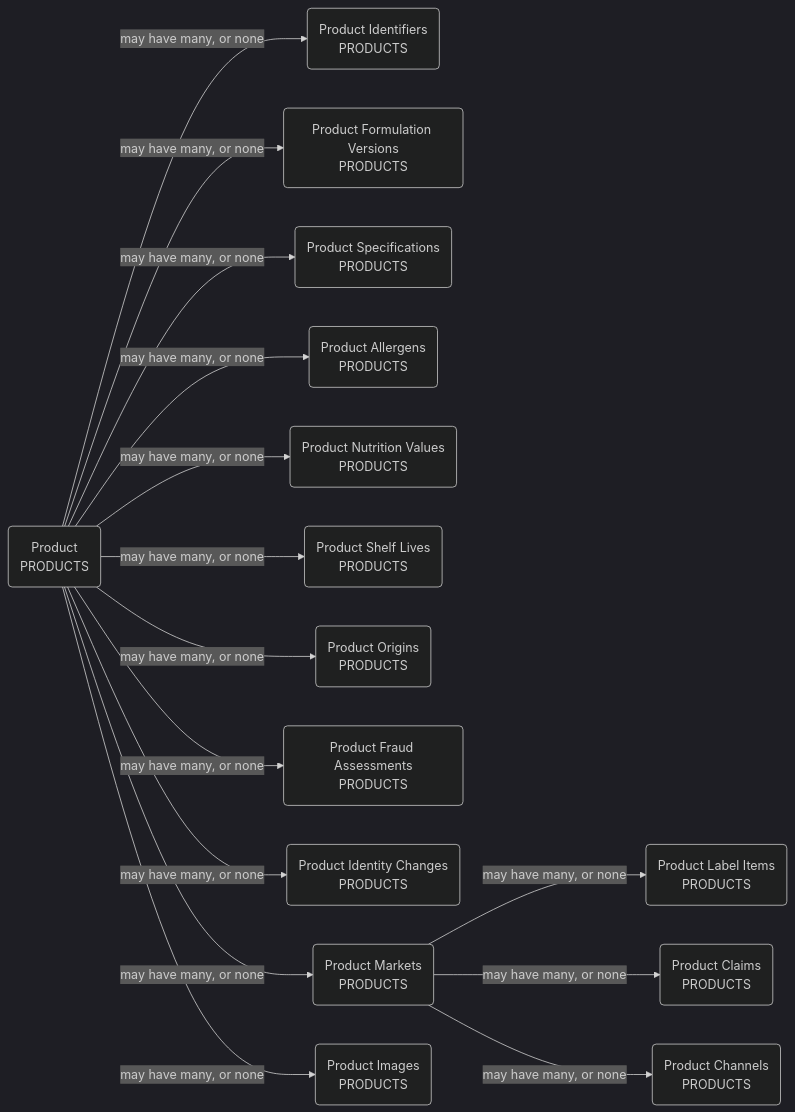
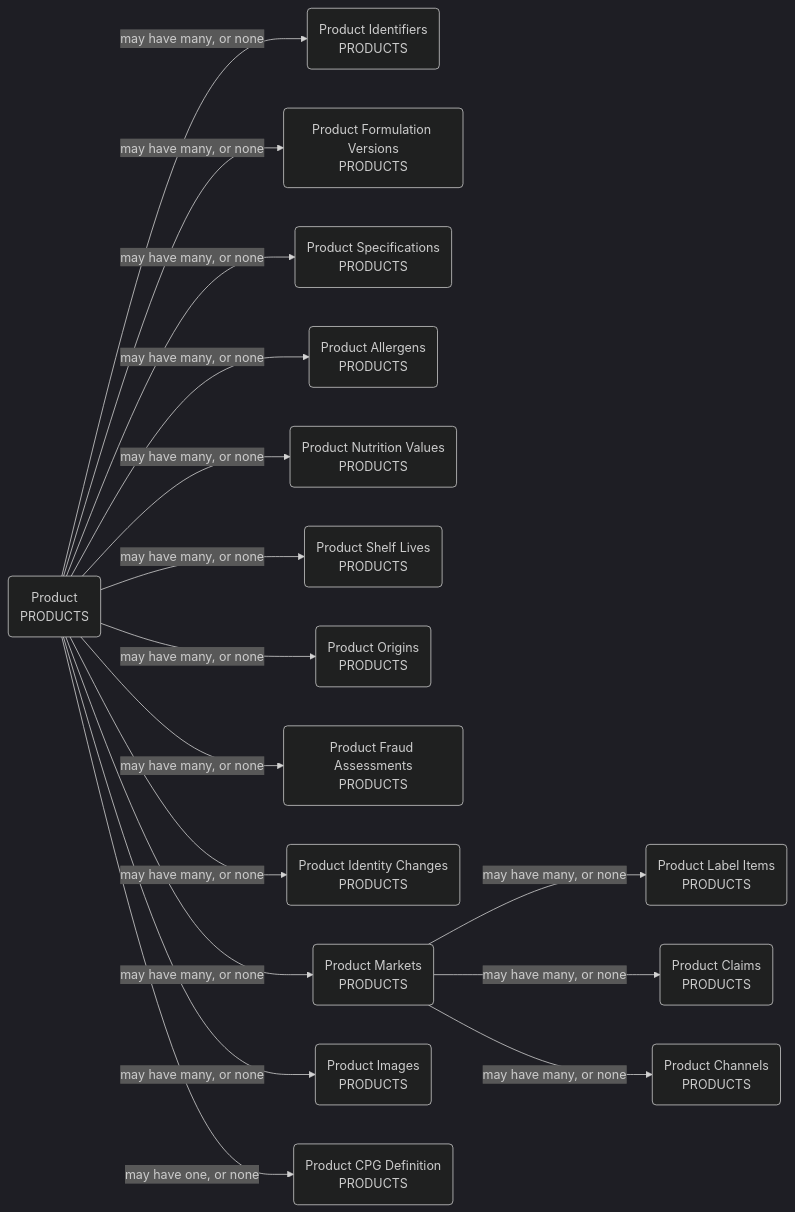
Before and after one commit to M-A-Operating-System/shared-work: the third of 5 diagrams in docs/data-models/cpg-product-definition/cpg-product-definition-data-design-document.md, drawn with Mermaid (dark theme). The commit also changed other lines of this file and 11 other files, not shown here.

````diff
--- a/docs/data-models/cpg-product-definition/cpg-product-definition-data-design-document.md
+++ b/docs/data-models/cpg-product-definition/cpg-product-definition-data-design-document.md
@@ -392,32 +394,34 @@
 ```mermaid
 flowchart LR
   SBJ001("Product<br>PRODUCTS")
   SBJ002("Product Identifiers<br>PRODUCTS")
   SBJ003("Product Formulation Versions<br>PRODUCTS")
   SBJ004("Product Specifications<br>PRODUCTS")
   SBJ005("Product Allergens<br>PRODUCTS")
   SBJ006("Product Nutrition Values<br>PRODUCTS")
   SBJ007("Product Label Items<br>PRODUCTS")
   SBJ008("Product Claims<br>PRODUCTS")
   SBJ009("Product Shelf Lives<br>PRODUCTS")
   SBJ010("Product Origins<br>PRODUCTS")
   SBJ011("Product Fraud Assessments<br>PRODUCTS")
   SBJ012("Product Identity Changes<br>PRODUCTS")
   SBJ019("Product Markets<br>PRODUCTS")
   SBJ020("Product Channels<br>PRODUCTS")
   SBJ021("Product Images<br>PRODUCTS")
+  SBJ022("Product CPG Definition<br>PRODUCTS")
   SBJ001 -->|"may have many, or none"| SBJ002
   SBJ001 -->|"may have many, or none"| SBJ003
   SBJ001 -->|"may have many, or none"| SBJ004
   SBJ001 -->|"may have many, or none"| SBJ005
   SBJ001 -->|"may have many, or none"| SBJ006
   SBJ019 -->|"may have many, or none"| SBJ007
   SBJ019 -->|"may have many, or none"| SBJ008
   SBJ001 -->|"may have many, or none"| SBJ009
   SBJ001 -->|"may have many, or none"| SBJ010
   SBJ001 -->|"may have many, or none"| SBJ011
   SBJ001 -->|"may have many, or none"| SBJ012
   SBJ001 -->|"may have many, or none"| SBJ019
   SBJ019 -->|"may have many, or none"| SBJ020
   SBJ001 -->|"may have many, or none"| SBJ021
+  SBJ001 -->|"may have one, or none"| SBJ022
 ```
````
